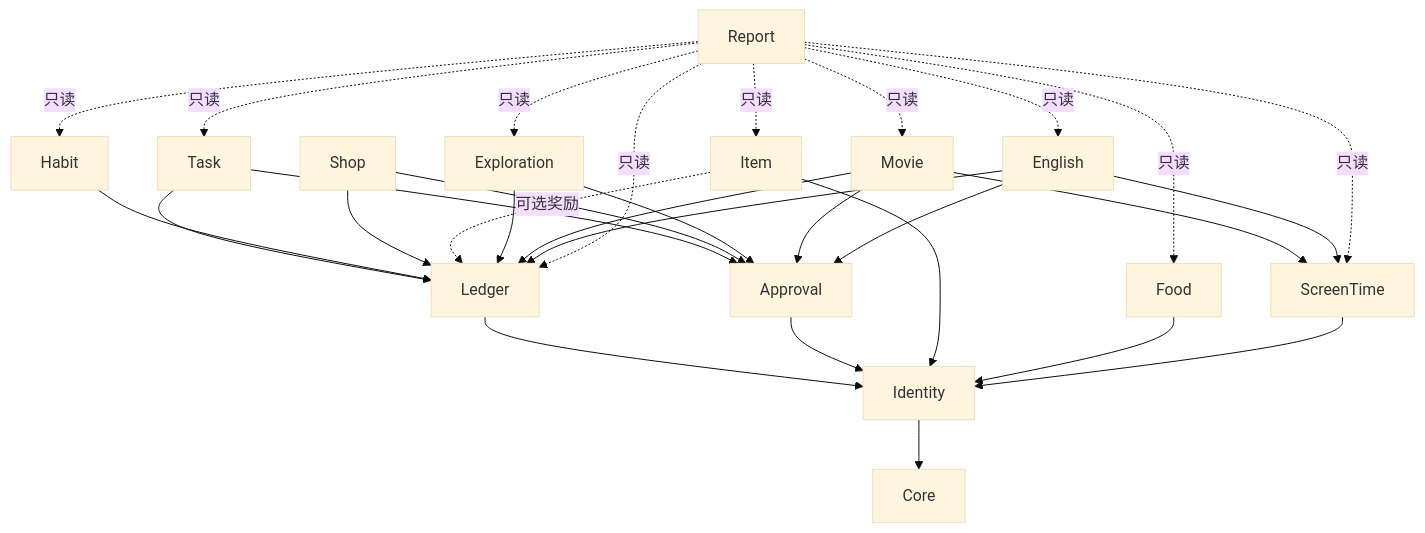
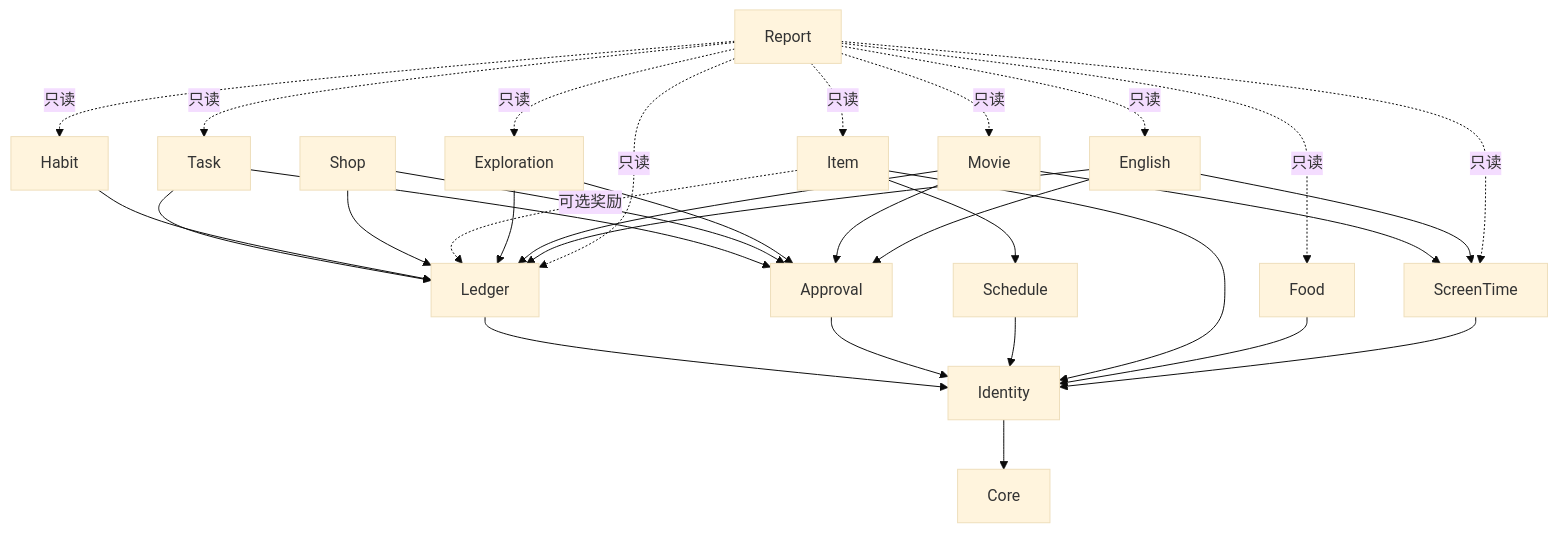
The second of 2 diagrams in docs/architecture.md (ggaoph-lab/growth-planet), drawn with Mermaid (base theme) before and after one commit. The commit also changed other lines of this file and 82 other files, not shown here.

````diff
--- a/docs/architecture.md
+++ b/docs/architecture.md
@@ -79,25 +80,27 @@
 ```mermaid
 flowchart TD
     Core["Core"]
     Identity["Identity"] --> Core
     Ledger["Ledger"] --> Identity
     Approval["Approval"] --> Identity
     Task --> Ledger
     Task --> Approval
     Habit --> Ledger
     Shop --> Ledger
     Shop --> Approval
+    Schedule --> Identity
     Item --> Identity
+    Item --> Schedule
     Item -. 可选奖励 .-> Ledger
     Exploration --> Ledger
     Exploration --> Approval
     Food --> Identity
     ScreenTime --> Identity
     Movie --> Ledger
     Movie --> Approval
     Movie --> ScreenTime
     English --> Ledger
     English --> Approval
     English --> ScreenTime
     Report -. 只读 .-> Task & Habit & Movie & English & ScreenTime & Ledger & Exploration & Food & Item
 ```
````
